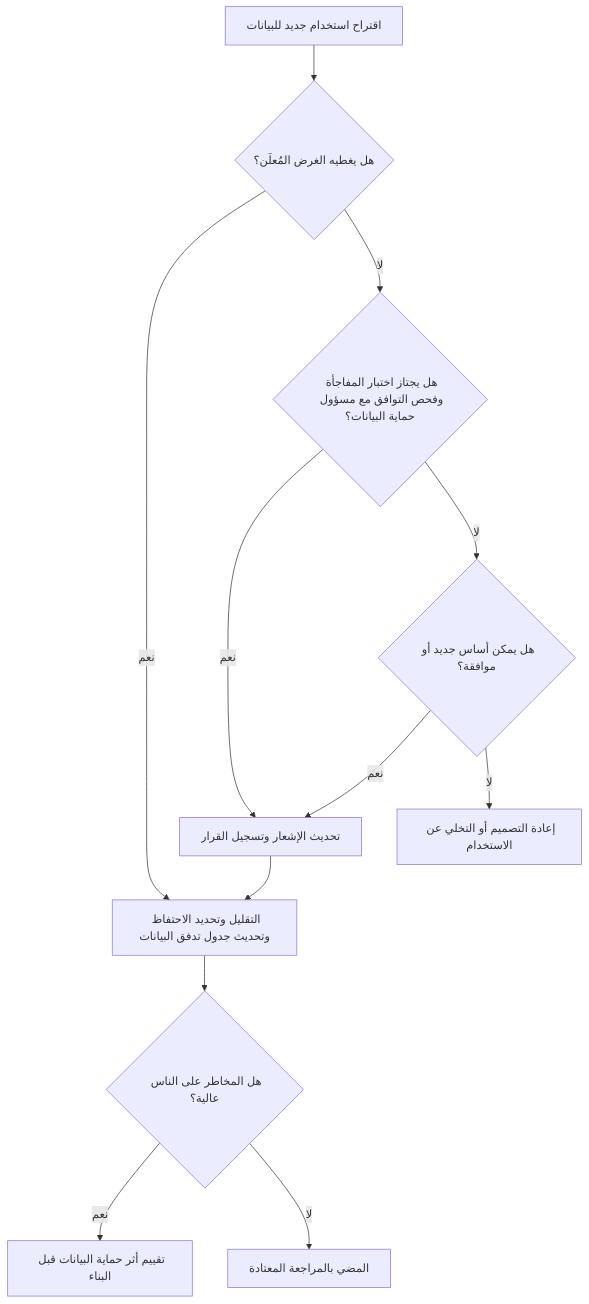
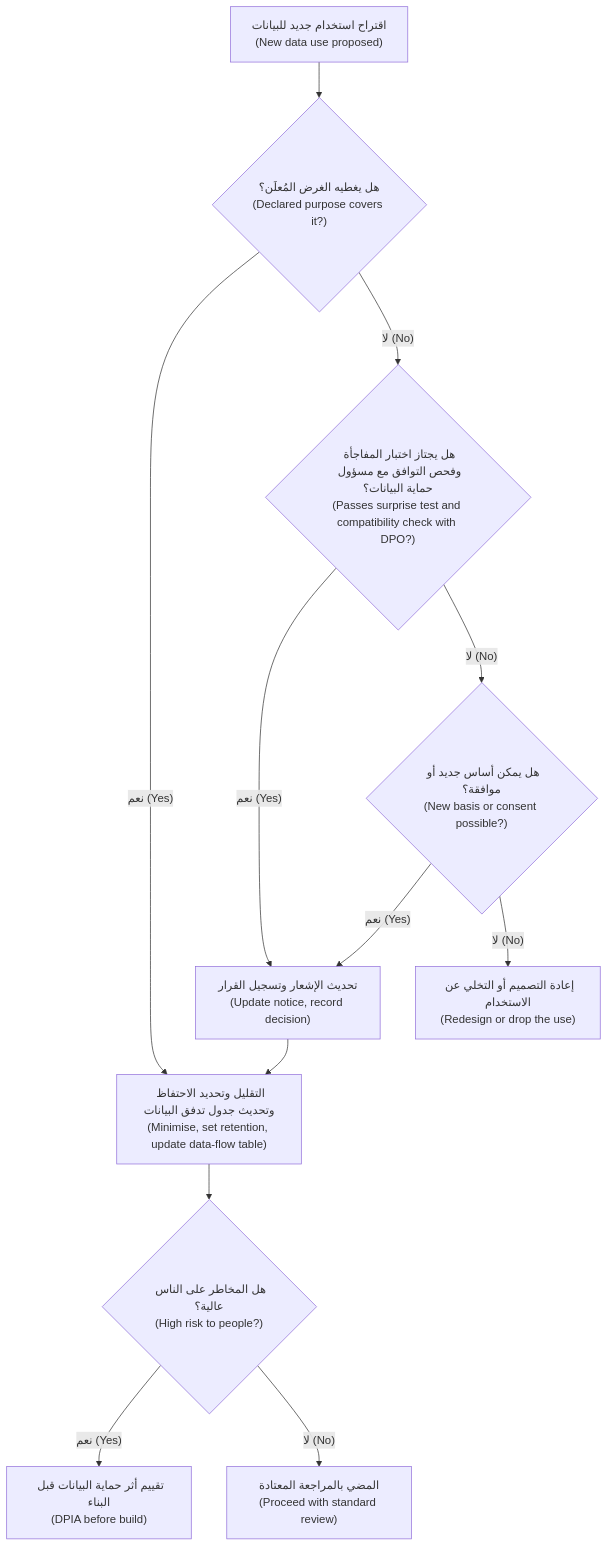
One commit to Tamoura/system-design-for-vibe-coders changed the third of 3 diagrams in aipm/modules/03-data.ar.md. Above: the diagram before and after it, drawn with Mermaid. The commit also changed other lines of this file and 9 other files, not shown here.

First line of the commit message:
AI PM course (AR): right-to-left diagrams with English labels

````diff
--- a/aipm/modules/03-data.ar.md
+++ b/aipm/modules/03-data.ar.md
@@ -518,14 +518,14 @@
 ```mermaid
 flowchart TD
-    A["اقتراح استخدام جديد للبيانات"] --> B{"هل يغطيه الغرض المُعلَن؟"}
-    B -- "نعم" --> F["التقليل وتحديد الاحتفاظ وتحديث جدول تدفق البيانات"]
-    B -- "لا" --> C{"هل يجتاز اختبار المفاجأة وفحص التوافق مع مسؤول حماية البيانات؟"}
-    C -- "نعم" --> D["تحديث الإشعار وتسجيل القرار"]
-    C -- "لا" --> E{"هل يمكن أساس جديد أو موافقة؟"}
-    E -- "نعم" --> D
-    E -- "لا" --> G["إعادة التصميم أو التخلي عن الاستخدام"]
+    A["اقتراح استخدام جديد للبيانات<br/>(New data use proposed)"] --> B{"هل يغطيه الغرض المُعلَن؟<br/>(Declared purpose covers it?)"}
+    B -- "نعم (Yes)" --> F["التقليل وتحديد الاحتفاظ وتحديث جدول تدفق البيانات<br/>(Minimise, set retention, update data-flow table)"]
+    B -- "لا (No)" --> C{"هل يجتاز اختبار المفاجأة وفحص التوافق مع مسؤول حماية البيانات؟<br/>(Passes surprise test and compatibility check with DPO?)"}
+    C -- "نعم (Yes)" --> D["تحديث الإشعار وتسجيل القرار<br/>(Update notice, record decision)"]
+    C -- "لا (No)" --> E{"هل يمكن أساس جديد أو موافقة؟<br/>(New basis or consent possible?)"}
+    E -- "نعم (Yes)" --> D
+    E -- "لا (No)" --> G["إعادة التصميم أو التخلي عن الاستخدام<br/>(Redesign or drop the use)"]
     D --> F
-    F --> H{"هل المخاطر على الناس عالية؟"}
-    H -- "نعم" --> I["تقييم أثر حماية البيانات قبل البناء"]
-    H -- "لا" --> J["المضي بالمراجعة المعتادة"]
+    F --> H{"هل المخاطر على الناس عالية؟<br/>(High risk to people?)"}
+    H -- "نعم (Yes)" --> I["تقييم أثر حماية البيانات قبل البناء<br/>(DPIA before build)"]
+    H -- "لا (No)" --> J["المضي بالمراجعة المعتادة<br/>(Proceed with standard review)"]
 ```
````
